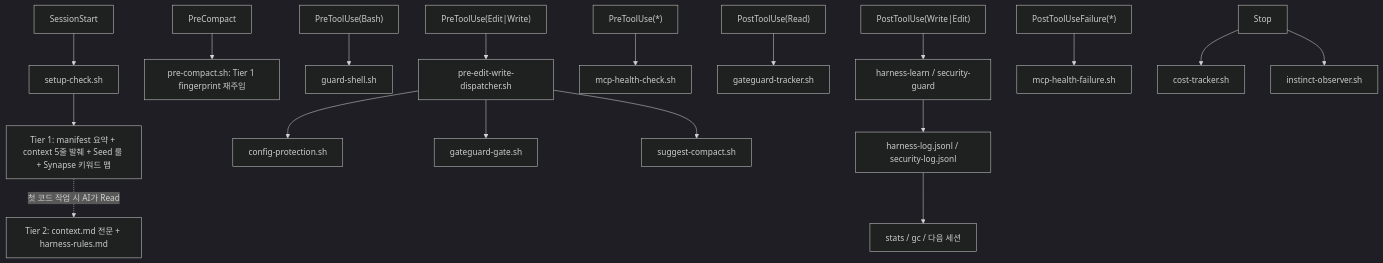
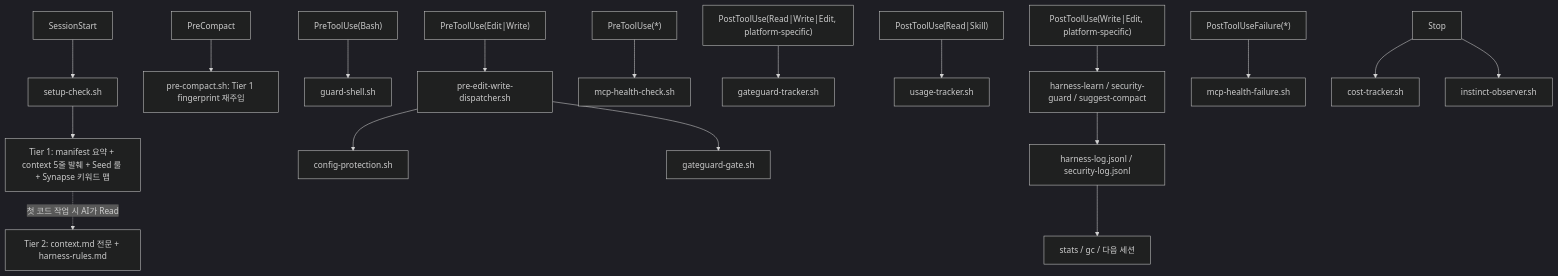
The diagram in docs/04-주요-기능.md (Jimmy-Jung/ai-symbiote), drawn with Mermaid (dark theme) before and after one commit. The commit also changed other lines of this file and 23 other files, not shown here.

````diff
--- a/docs/04-주요-기능.md
+++ b/docs/04-주요-기능.md
@@ -10,25 +12,25 @@
 ```mermaid
 flowchart TD
     A["SessionStart"] --> B["setup-check.sh"]
     B --> T1["Tier 1: manifest 요약 + context 5줄 발췌 + Seed 룰 + Synapse 키워드 맵"]
     T1 -.->|"첫 코드 작업 시 AI가 Read"| T2["Tier 2: context.md 전문 + harness-rules.md"]
 
     C["PreCompact"] --> PC["pre-compact.sh: Tier 1 fingerprint 재주입"]
 
     D["PreToolUse(Bash)"] --> E["guard-shell.sh"]
     D2["PreToolUse(Edit|Write)"] --> DISP["pre-edit-write-dispatcher.sh"]
     DISP --> CP["config-protection.sh"]
     DISP --> GG["gateguard-gate.sh"]
-    DISP --> SC["suggest-compact.sh"]
     D3["PreToolUse(*)"] --> MH["mcp-health-check.sh"]
 
-    F["PostToolUse(Read)"] --> GT["gateguard-tracker.sh"]
-    F2["PostToolUse(Write|Edit)"] --> G["harness-learn / security-guard"]
-    F3["PostToolUseFailure(*)"] --> MF["mcp-health-failure.sh"]
+    F["PostToolUse(Read|Write|Edit, platform-specific)"] --> GT["gateguard-tracker.sh"]
+    F2["PostToolUse(Read|Skill)"] --> UT["usage-tracker.sh"]
+    F3["PostToolUse(Write|Edit, platform-specific)"] --> G["harness-learn / security-guard / suggest-compact"]
+    F4["PostToolUseFailure(*)"] --> MF["mcp-health-failure.sh"]
 
     S["Stop"] --> CT["cost-tracker.sh"]
     S --> IO["instinct-observer.sh"]
 
     G --> H["harness-log.jsonl / security-log.jsonl"]
     H --> I["stats / gc / 다음 세션"]
 ```
````
